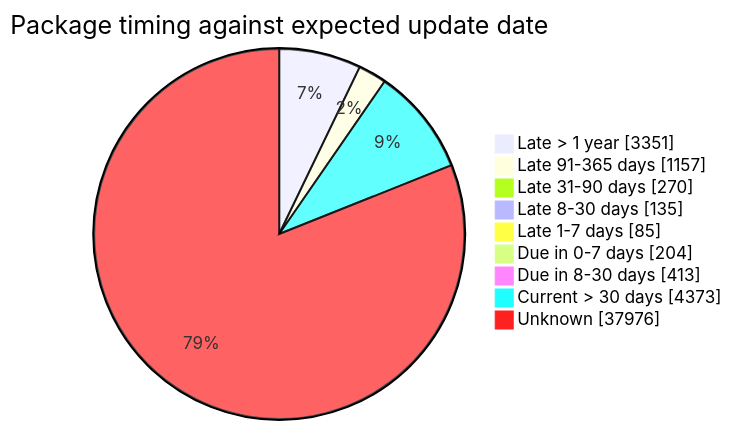
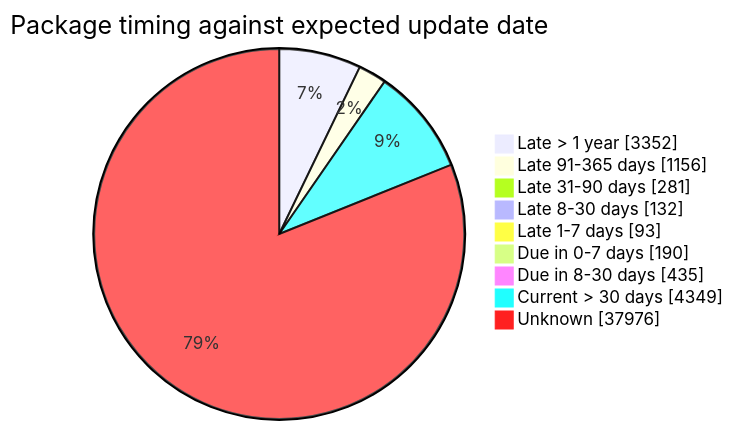
One commit to open-data/analytics-corporate-reporting changed the fourth of 5 diagrams in FreshCheck/README.md. Above: the diagram before and after it, drawn with Mermaid. The commit also changed other lines of this file and 3 other files, not shown here.

````diff
--- a/FreshCheck/README.md
+++ b/FreshCheck/README.md
@@ -86,12 +86,12 @@
 ```mermaid
 pie showData title Package timing against expected update date
-    "Late > 1 year": 3351
-    "Late 91-365 days": 1157
-    "Late 31-90 days": 270
-    "Late 8-30 days": 135
-    "Late 1-7 days": 85
-    "Due in 0-7 days": 204
-    "Due in 8-30 days": 413
-    "Current > 30 days": 4373
+    "Late > 1 year": 3352
+    "Late 91-365 days": 1156
+    "Late 31-90 days": 281
+    "Late 8-30 days": 132
+    "Late 1-7 days": 93
+    "Due in 0-7 days": 190
+    "Due in 8-30 days": 435
+    "Current > 30 days": 4349
     "Unknown": 37976
 ```
````
